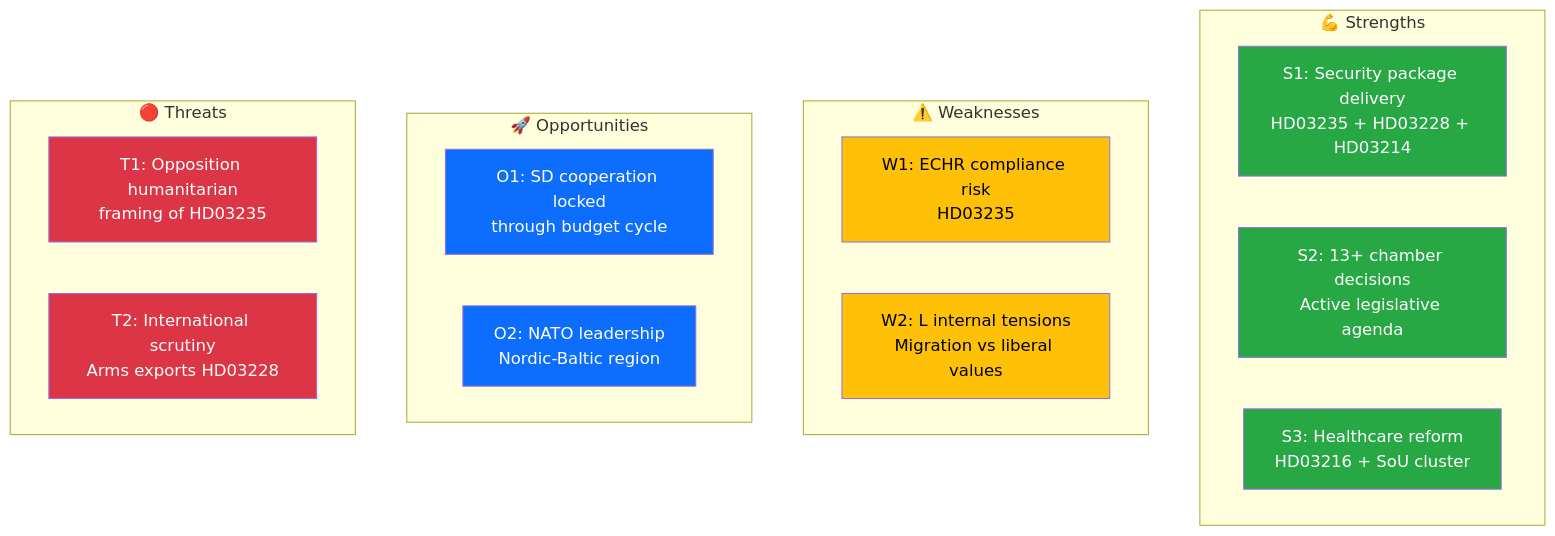
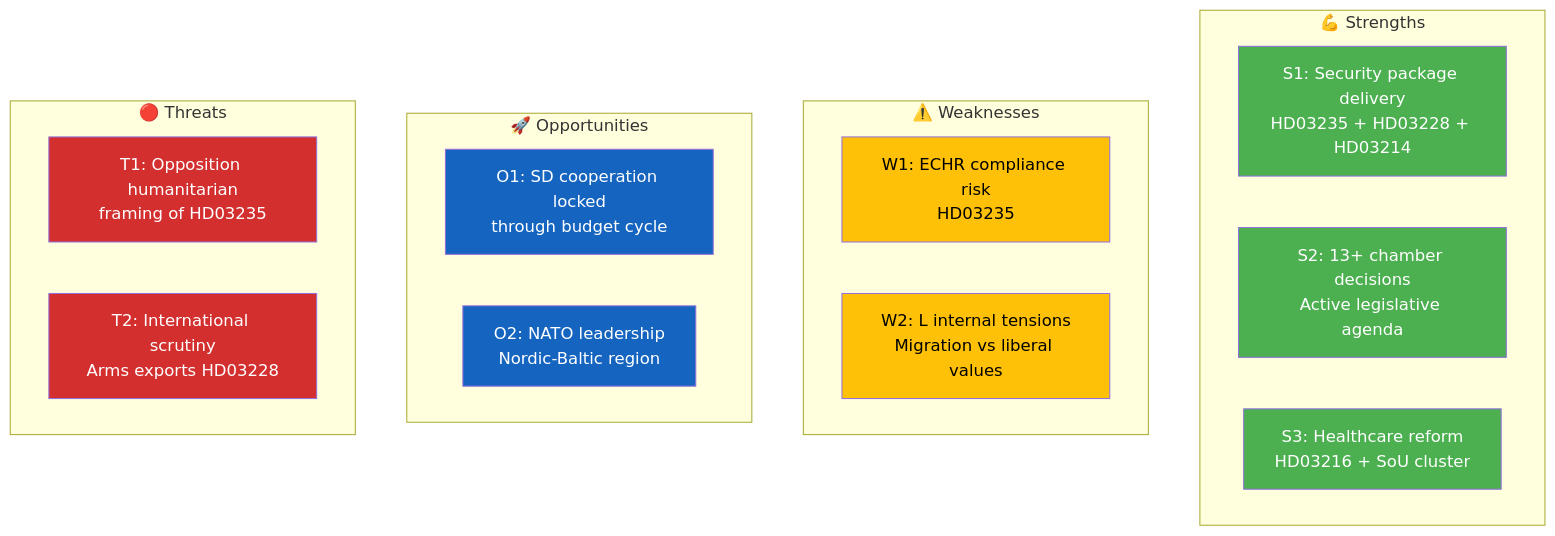
The first of 2 diagrams in analysis/daily/2026-04-01/swot-analysis.md (Hack23/riksdagsmonitor), drawn with Mermaid before and after one commit. The commit also changed 785 other files, not shown here.

First line of the commit message:
Normalize mermaid colors across 786 analysis artifacts to ISMS Style Guide palette

````diff
--- a/analysis/daily/2026-04-01/swot-analysis.md
+++ b/analysis/daily/2026-04-01/swot-analysis.md
@@ -26,30 +26,30 @@
 ```mermaid
 graph TD
     subgraph "💪 Strengths"
         S1["S1: Security package delivery<br/>HD03235 + HD03228 + HD03214"]
         S2["S2: 13+ chamber decisions<br/>Active legislative agenda"]
         S3["S3: Healthcare reform<br/>HD03216 + SoU cluster"]
     end
     subgraph "⚠️ Weaknesses"
         W1["W1: ECHR compliance risk<br/>HD03235"]
         W2["W2: L internal tensions<br/>Migration vs liberal values"]
     end
     subgraph "🚀 Opportunities"
         O1["O1: SD cooperation locked<br/>through budget cycle"]
         O2["O2: NATO leadership<br/>Nordic-Baltic region"]
     end
     subgraph "🔴 Threats"
         T1["T1: Opposition humanitarian<br/>framing of HD03235"]
         T2["T2: International scrutiny<br/>Arms exports HD03228"]
     end
 
-    style S1 fill:#28a745,color:#fff
-    style S2 fill:#28a745,color:#fff
-    style S3 fill:#28a745,color:#fff
-    style W1 fill:#ffc107,color:#000
-    style W2 fill:#ffc107,color:#000
-    style O1 fill:#0d6efd,color:#fff
-    style O2 fill:#0d6efd,color:#fff
-    style T1 fill:#dc3545,color:#fff
-    style T2 fill:#dc3545,color:#fff
+    style S1 fill:#4CAF50,color:#FFFFFF
+    style S2 fill:#4CAF50,color:#FFFFFF
+    style S3 fill:#4CAF50,color:#FFFFFF
+    style W1 fill:#FFC107,color:#000000
+    style W2 fill:#FFC107,color:#000000
+    style O1 fill:#1565C0,color:#FFFFFF
+    style O2 fill:#1565C0,color:#FFFFFF
+    style T1 fill:#D32F2F,color:#FFFFFF
+    style T2 fill:#D32F2F,color:#FFFFFF
 ```
````
